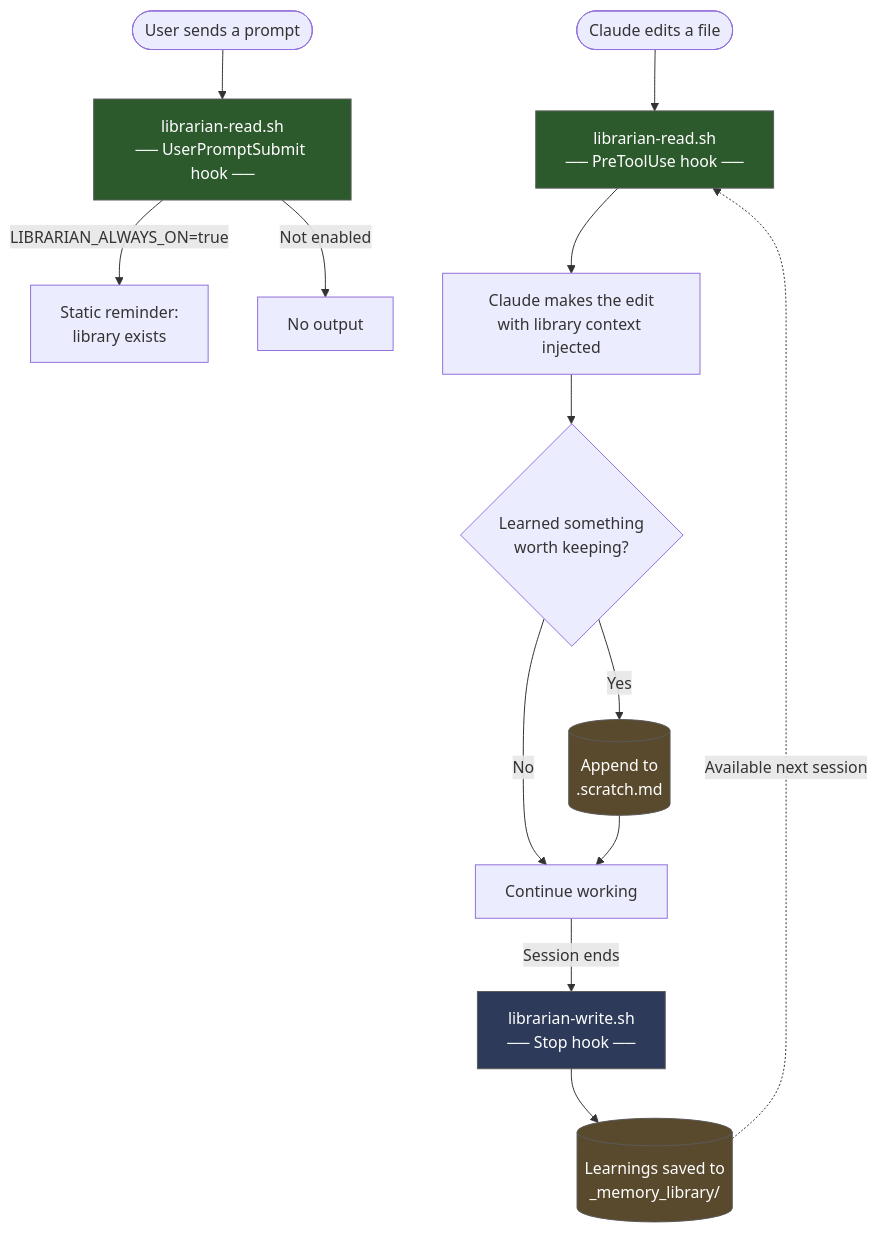
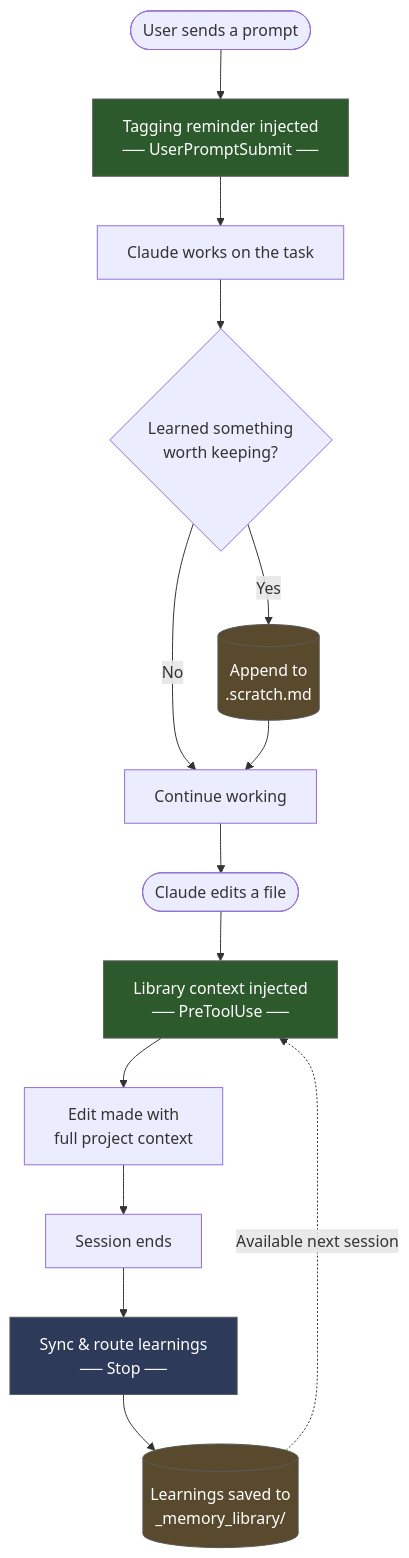
The diagram in plugins/librarian/README.md (mdatla/ai-tools), drawn with Mermaid before and after one commit. The commit also changed other lines of this file and 3 other files, not shown here.

First line of the commit message:
Add comprehensive Librarian docs, simplify README diagram

````diff
--- a/plugins/librarian/README.md
+++ b/plugins/librarian/README.md
@@ -7,32 +7,27 @@
 ```mermaid
 flowchart TD
     Prompt(["User sends a prompt"])
-    Prompt --> PromptHook
+    Prompt --> PromptHook["Tagging reminder injected<br/>── UserPromptSubmit ──"]
 
-    PromptHook["librarian-read.sh<br/>── UserPromptSubmit hook ──"]
-    PromptHook -->|"LIBRARIAN_ALWAYS_ON=true"| Reminder["Static reminder:<br/>library exists"]
-    PromptHook -->|"Not enabled"| Silent["No output"]
+    PromptHook --> Work["Claude works on the task"]
+    Work --> Learns{"Learned something<br/>worth keeping?"}
+    Learns -->|Yes| Scratch[("Append to<br/>.scratch.md")]
+    Learns -->|No| Continue["Continue working"]
+    Scratch --> Continue
 
-    Edit(["Claude edits a file"])
-    Edit --> ReadHook
+    Continue --> Edit(["Claude edits a file"])
+    Edit --> ReadHook["Library context injected<br/>── PreToolUse ──"]
+    ReadHook --> EditDone["Edit made with<br/>full project context"]
 
-    ReadHook["librarian-read.sh<br/>── PreToolUse hook ──"]
-    ReadHook --> EditDone["Claude makes the edit<br/>with library context injected"]
-
-    EditDone --> Learns{"Learned something<br/>worth keeping?"}
-    Learns -->|Yes| Scratch[("Append to<br/>.scratch.md")]
-    Learns -->|No| Next["Continue working"]
-    Scratch --> Next
-    Next -->|Session ends| WriteHook
-
-    WriteHook["librarian-write.sh<br/>── Stop hook ──"]
+    EditDone --> Next["Session ends"]
+    Next --> WriteHook["Sync & route learnings<br/>── Stop ──"]
     WriteHook --> Routed[("Learnings saved to<br/>_memory_library/")]
 
     Routed -.->|"Available next session"| ReadHook
 
     style PromptHook fill:#2d5a2d,stroke:#5a5a5a,color:#fff
     style ReadHook fill:#2d5a2d,stroke:#5a5a5a,color:#fff
     style WriteHook fill:#2d3a5a,stroke:#5a5a5a,color:#fff
     style Scratch fill:#5a4a2d,stroke:#5a5a5a,color:#fff
     style Routed fill:#5a4a2d,stroke:#5a5a5a,color:#fff
 ```
````
